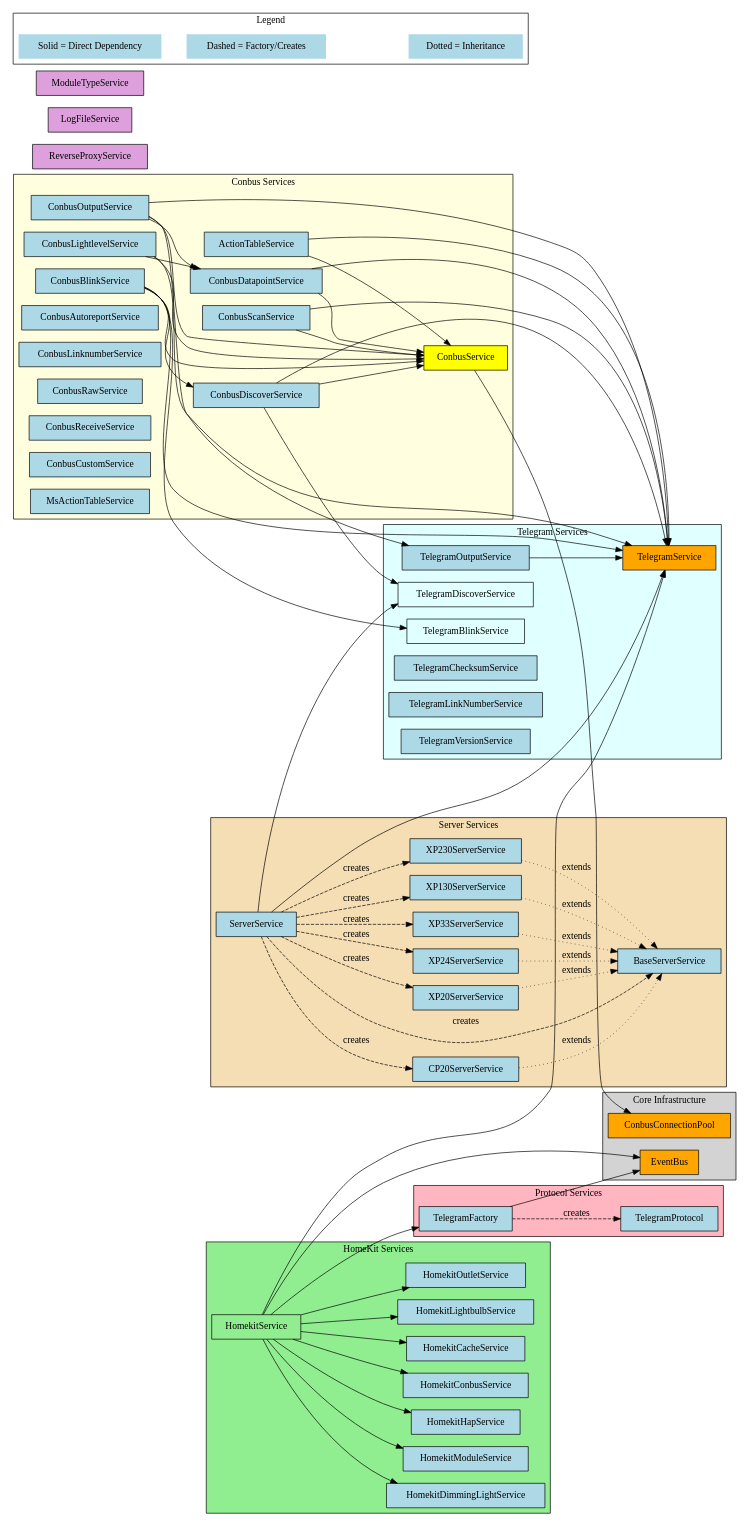
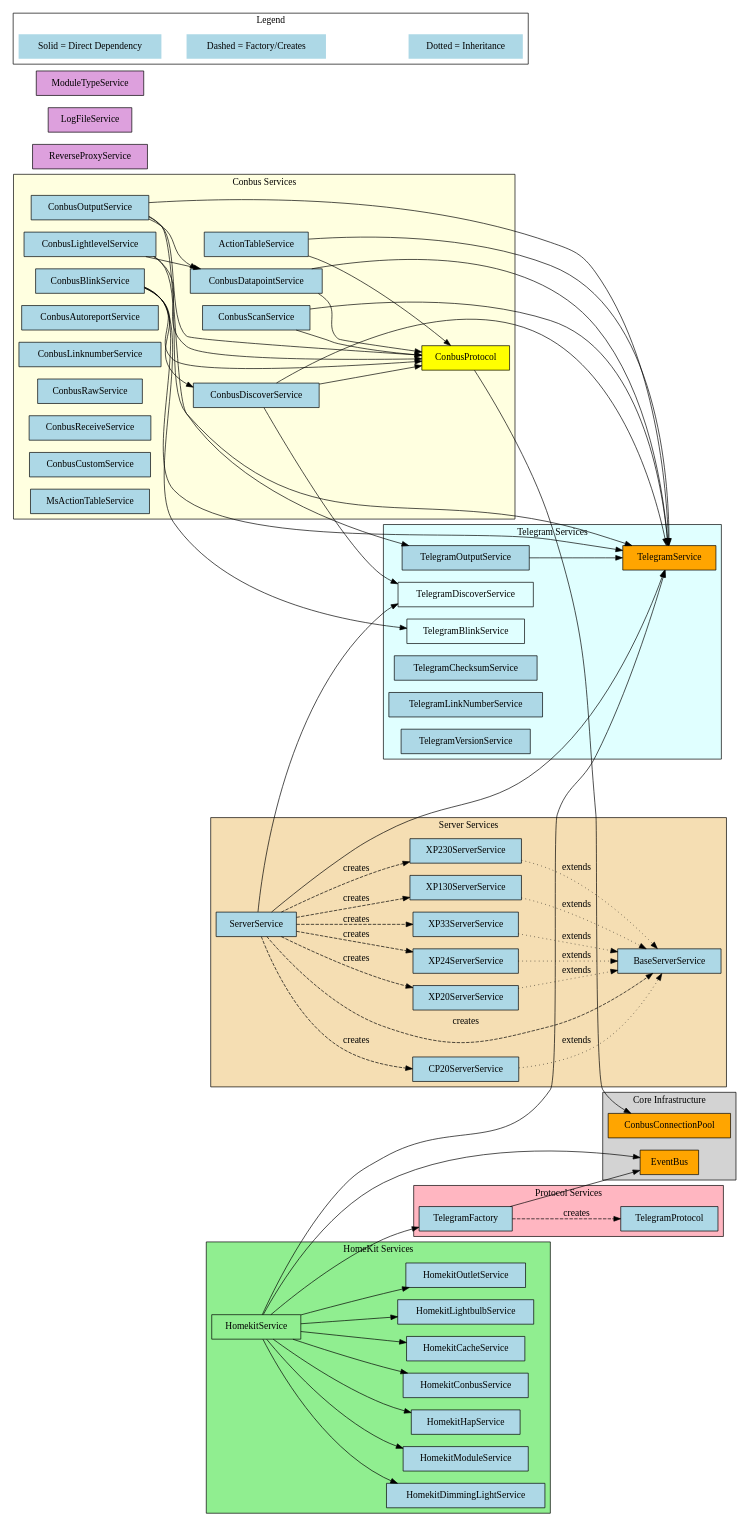
Before and after one commit to lduchosal/xp: the diagram in doc/Dependencies.dot, drawn with Graphviz. The commit also changed 13 other files, not shown here.

Commit message:
doc: update ConbusService / ConbusProtocol

```diff
--- a/doc/Dependencies.dot
+++ b/doc/Dependencies.dot
@@ -1,194 +1,194 @@
 digraph ServiceDependencies {
     // Graph settings
     rankdir=LR;
     compound=true;
     node [shape=box, style=filled, fillcolor=lightblue];
 
     // Core infrastructure layer
     subgraph cluster_core {
         label="Core Infrastructure";
         style=filled;
         fillcolor=lightgray;
 
         ConbusConnectionPool [fillcolor=orange];
         EventBus [fillcolor=orange];
     }
 
     // Conbus services layer
     subgraph cluster_conbus {
         label="Conbus Services";
         style=filled;
         fillcolor=lightyellow;
 
-        ConbusService [fillcolor=yellow];
+        ConbusProtocol [fillcolor=yellow];
         ConbusDatapointService;
         ConbusOutputService;
         ConbusScanService;
         ConbusDiscoverService;
         ConbusBlinkService;
         ConbusLightlevelService;
         ConbusAutoreportService;
         ConbusLinknumberService;
         ConbusRawService;
         ConbusReceiveService;
         ConbusCustomService;
 
         ActionTableService;
         MsActionTableService;
     }
 
     // Telegram services layer
     subgraph cluster_telegram {
         label="Telegram Services";
         style=filled;
         fillcolor=lightcyan;
 
         TelegramService [fillcolor=orange];
         TelegramOutputService;
         TelegramDiscoverService;
         TelegramBlinkService;
         TelegramChecksumService;
         TelegramLinkNumberService;
         TelegramVersionService;
     }
 
     // Protocol services layer
     subgraph cluster_protocol {
         label="Protocol Services";
         style=filled;
         fillcolor=lightpink;
 
         TelegramFactory;
         TelegramProtocol;
     }
 
     // HomeKit services layer
     subgraph cluster_homekit {
         label="HomeKit Services";
         style=filled;
         fillcolor=lightgreen;
 
         HomekitService [fillcolor=lightgreen];
         HomekitModuleService;
         HomekitHapService;
         HomekitConbusService;
         HomekitCacheService;
         HomekitLightbulbService;
         HomekitOutletService;
         HomekitDimmingLightService;
     }
 
     // Server services layer
     subgraph cluster_server {
         label="Server Services";
         style=filled;
         fillcolor=wheat;
 
         ServerService;
         BaseServerService;
         XP20ServerService;
         XP24ServerService;
         XP33ServerService;
         XP130ServerService;
         XP230ServerService;
         CP20ServerService;
     }
 
     // Other services
     ReverseProxyService [fillcolor=plum];
     LogFileService [fillcolor=plum];
     ModuleTypeService [fillcolor=plum];
 
     // Core dependencies
-    ConbusService -> ConbusConnectionPool;
+    ConbusProtocol -> ConbusConnectionPool;
 
     // ConbusDatapointService dependencies
-    ConbusDatapointService -> ConbusService;
+    ConbusDatapointService -> ConbusProtocol;
     ConbusDatapointService -> TelegramService;
 
     // ConbusOutputService dependencies
-    ConbusOutputService -> ConbusService;
+    ConbusOutputService -> ConbusProtocol;
     ConbusOutputService -> ConbusDatapointService;
     ConbusOutputService -> TelegramService;
     ConbusOutputService -> TelegramOutputService;
 
     // ConbusScanService dependencies
-    ConbusScanService -> ConbusService;
+    ConbusScanService -> ConbusProtocol;
     ConbusScanService -> TelegramService;
 
     // ConbusDiscoverService dependencies
-    ConbusDiscoverService -> ConbusService;
+    ConbusDiscoverService -> ConbusProtocol;
     ConbusDiscoverService -> TelegramService;
     ConbusDiscoverService -> TelegramDiscoverService;
 
     // ConbusBlinkService dependencies
-    ConbusBlinkService -> ConbusService;
+    ConbusBlinkService -> ConbusProtocol;
     ConbusBlinkService -> ConbusDiscoverService;
     ConbusBlinkService -> TelegramService;
     ConbusBlinkService -> TelegramBlinkService;
 
     // ConbusLightlevelService dependencies
-    ConbusLightlevelService -> ConbusService;
+    ConbusLightlevelService -> ConbusProtocol;
     ConbusLightlevelService -> ConbusDatapointService;
     ConbusLightlevelService -> TelegramService;
 
     // ActionTableService dependencies
-    ActionTableService -> ConbusService;
+    ActionTableService -> ConbusProtocol;
     ActionTableService -> TelegramService;
 
     // Telegram service dependencies
     TelegramOutputService -> TelegramService;
     TelegramDiscoverService [fillcolor=lightcyan];
     TelegramBlinkService [fillcolor=lightcyan];
 
     // HomeKit service dependencies
     HomekitService -> EventBus;
     HomekitService -> TelegramFactory;
     HomekitService -> TelegramService;
     HomekitService -> HomekitModuleService;
     HomekitService -> HomekitHapService;
     HomekitService -> HomekitConbusService;
     HomekitService -> HomekitCacheService;
     HomekitService -> HomekitLightbulbService;
     HomekitService -> HomekitOutletService;
     HomekitService -> HomekitDimmingLightService;
 
     // Protocol dependencies
     TelegramFactory -> TelegramProtocol [style=dashed, label="creates"];
     TelegramFactory -> EventBus;
 
     // ServerService dependencies
     ServerService -> TelegramService;
     ServerService -> TelegramDiscoverService;
     ServerService -> BaseServerService [style=dashed, label="creates"];
     ServerService -> XP20ServerService [style=dashed, label="creates"];
     ServerService -> XP24ServerService [style=dashed, label="creates"];
     ServerService -> XP33ServerService [style=dashed, label="creates"];
     ServerService -> XP130ServerService [style=dashed, label="creates"];
     ServerService -> XP230ServerService [style=dashed, label="creates"];
     ServerService -> CP20ServerService [style=dashed, label="creates"];
 
     // Server inheritance (all server services extend BaseServerService)
     XP20ServerService -> BaseServerService [style=dotted, label="extends"];
     XP24ServerService -> BaseServerService [style=dotted, label="extends"];
     XP33ServerService -> BaseServerService [style=dotted, label="extends"];
     XP130ServerService -> BaseServerService [style=dotted, label="extends"];
     XP230ServerService -> BaseServerService [style=dotted, label="extends"];
     CP20ServerService -> BaseServerService [style=dotted, label="extends"];
 
     // Legend
     subgraph cluster_legend {
         label="Legend";
         style=filled;
         fillcolor=white;
 
         node [shape=plaintext];
         edge [style=solid];
         legend1 [label="Solid = Direct Dependency"];
         legend2 [label="Dashed = Factory/Creates"];
         legend3 [label="Dotted = Inheritance"];
 
         legend1 -> legend2 [style=invis];
         legend2 -> legend3 [style=invis];
     }
 }
```
